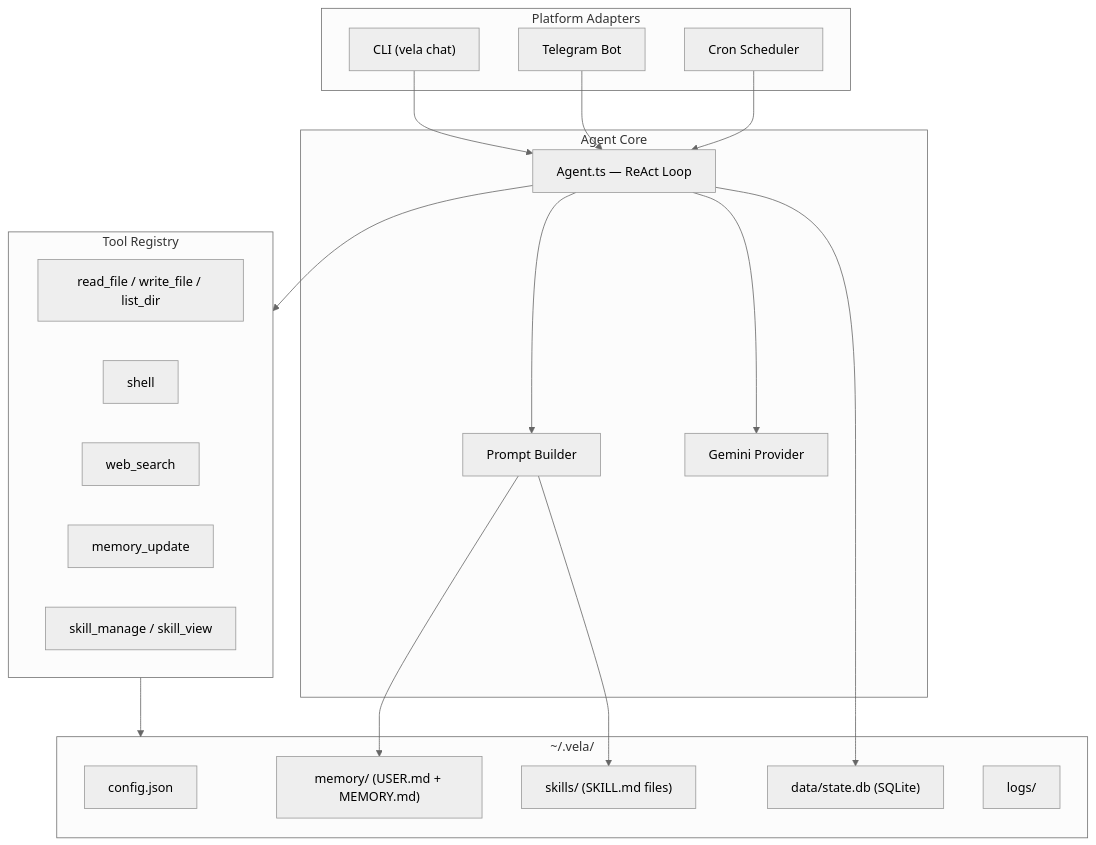
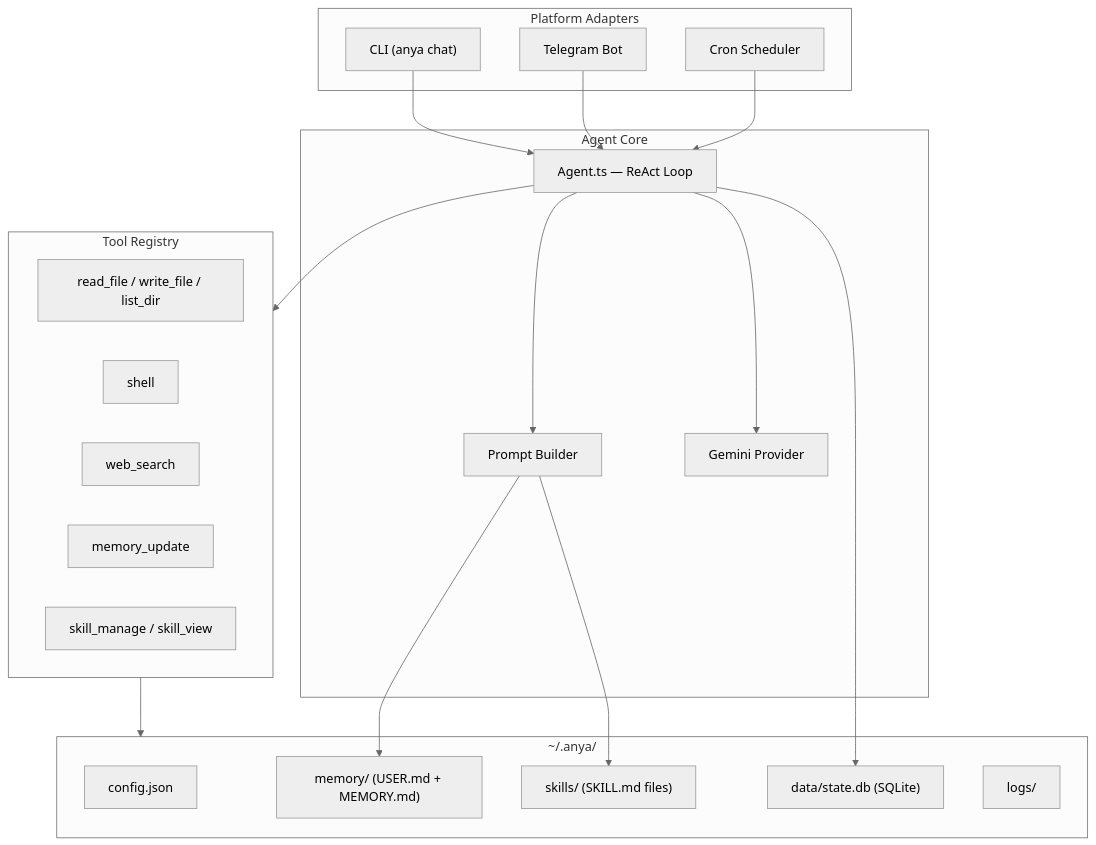
The first of 3 diagrams in README.md (boltguo/anya), drawn with Mermaid (neutral theme) before and after one commit. The commit also changed other lines of this file and 56 other files, not shown here.

````diff
--- a/README.md
+++ b/README.md
@@ -20,44 +20,44 @@
 ```mermaid
 graph TB
   subgraph Adapters["Platform Adapters"]
-    CLI["CLI (vela chat)"]
+    CLI["CLI (anya chat)"]
     TG["Telegram Bot"]
     CRON["Cron Scheduler"]
   end
 
   subgraph Core["Agent Core"]
     Agent["Agent.ts — ReAct Loop"]
     Prompt["Prompt Builder"]
     Provider["Gemini Provider"]
   end
 
   subgraph Tools["Tool Registry"]
     FT["read_file / write_file / list_dir"]
     SH["shell"]
     WS["web_search"]
     MT["memory_update"]
     SK["skill_manage / skill_view"]
   end
 
-  subgraph Data["~/.vela/"]
+  subgraph Data["~/.anya/"]
     Config["config.json"]
     Memory["memory/ (USER.md + MEMORY.md)"]
     Skills["skills/ (SKILL.md files)"]
     DB["data/state.db (SQLite)"]
     Logs["logs/"]
   end
 
   CLI --> Agent
   TG --> Agent
   CRON --> Agent
 
   Agent --> Provider
   Agent --> Tools
   Agent --> Prompt
 
   Prompt --> Memory
   Prompt --> Skills
 
   Tools --> Data
   Agent --> DB
 ```
````
